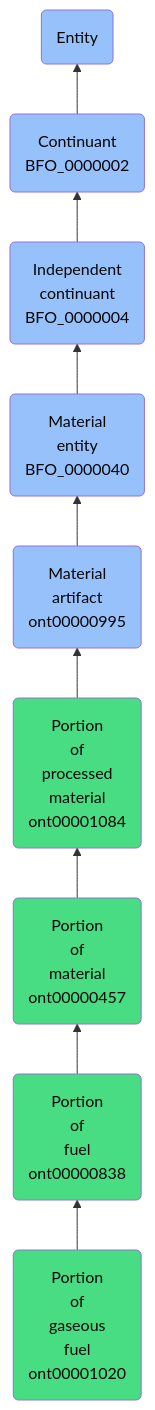
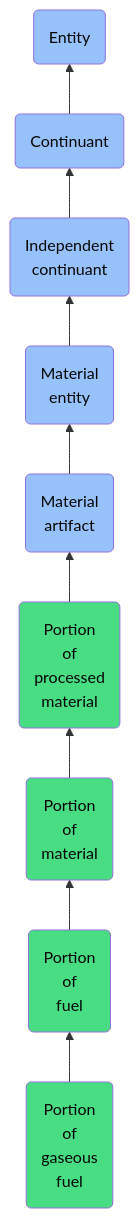
The diagram in docs/ontology/reference/model/Entity/Continuant/Independent continuant/Material entity/Material artifact/Portion of processed material/Portion of material/Portion of fuel/Portion of gaseous fuel/Portion of gaseous fuel.md (jupyter-naas/abi), drawn with Mermaid before and after one commit. The commit also changed other lines of this file and 1430 other files, not shown here.

````diff
--- a/docs/ontology/reference/model/Entity/Continuant/Independent continuant/Material entity/Material artifact/Portion of processed material/Portion of material/Portion of fuel/Portion of gaseous fuel/Portion of gaseous fuel.md
+++ b/docs/ontology/reference/model/Entity/Continuant/Independent continuant/Material entity/Material artifact/Portion of processed material/Portion of material/Portion of fuel/Portion of gaseous fuel/Portion of gaseous fuel.md
@@ -24,16 +24,16 @@
 ```mermaid
 graph BT
-    ont00001020(Portion<br>of<br>gaseous<br>fuel<br>ont00001020):::ABI-->ont00000838
-    ont00000838(Portion<br>of<br>fuel<br>ont00000838):::ABI-->ont00000457
-    ont00000457(Portion<br>of<br>material<br>ont00000457):::ABI-->ont00001084
-    ont00001084(Portion<br>of<br>processed<br>material<br>ont00001084):::ABI-->ont00000995
-    ont00000995(Material<br>artifact<br>ont00000995):::BFO-->BFO_0000040
-    BFO_0000040(Material<br>entity<br>BFO_0000040):::BFO-->BFO_0000004
-    BFO_0000004(Independent<br>continuant<br>BFO_0000004):::BFO-->BFO_0000002
-    BFO_0000002(Continuant<br>BFO_0000002):::BFO-->BFO_0000001
+    ont00001020(Portion<br>of<br>gaseous<br>fuel):::ABI-->ont00000838
+    ont00000838(Portion<br>of<br>fuel):::ABI-->ont00000457
+    ont00000457(Portion<br>of<br>material):::ABI-->ont00001084
+    ont00001084(Portion<br>of<br>processed<br>material):::ABI-->ont00000995
+    ont00000995(Material<br>artifact):::BFO-->BFO_0000040
+    BFO_0000040(Material<br>entity):::BFO-->BFO_0000004
+    BFO_0000004(Independent<br>continuant):::BFO-->BFO_0000002
+    BFO_0000002(Continuant):::BFO-->BFO_0000001
     BFO_0000001(Entity):::BFO
     
     classDef BFO fill:#97c1fb,color:#060606
     classDef CCO fill:#e4c51e,color:#060606
     classDef ABI fill:#48DD82,color:#060606
 ```
````
